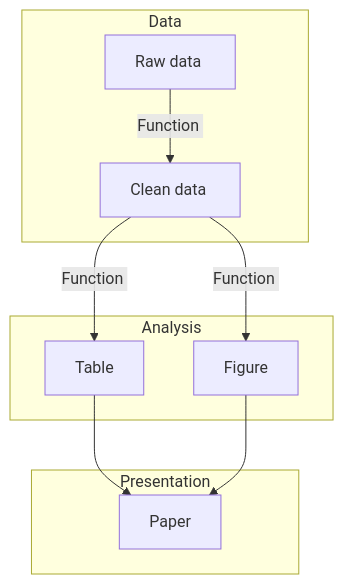
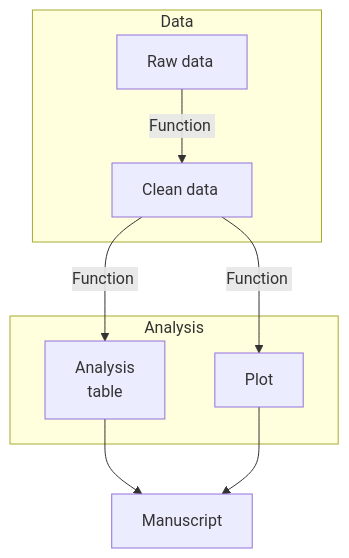
The diagram in talk-targets.qmd (AalborgRUG/talk-targets), drawn with Mermaid before and after one commit. The commit also changed 1 other file, not shown here.

Commit message:
Updated presentation

````diff
--- a/talk-targets.qmd
+++ b/talk-targets.qmd
@@ -18,17 +18,15 @@
 ```{mermaid}
 graph TB
   clean_data[Clean data&nbsp]
   subgraph Data
   raw_data[Raw data&nbsp] -- Function&nbsp --> clean_data
   end
   subgraph Analysis
-  clean_data -- Function&nbsp --> output_1[Table]
-  clean_data -- Function&nbsp --> output_2[Figure]
+  clean_data -- Function&nbsp --> output_1[Analysis</br>table]
+  clean_data -- Function&nbsp --> output_2[Plot]
 
   end
-  subgraph Presentation
-  output_1 --> presentation[Paper]
-  output_2 --> presentation[Paper]
-  end
-  
+  output_1 --> presentation[Manuscript]
+  output_2 --> presentation[Manuscript]
+
 ```
````
